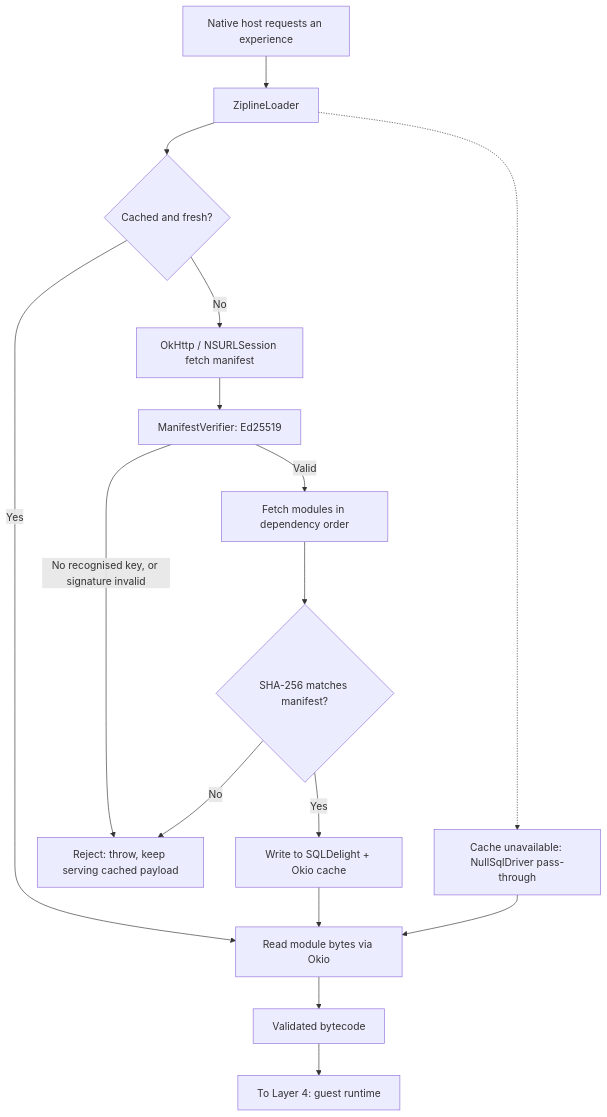
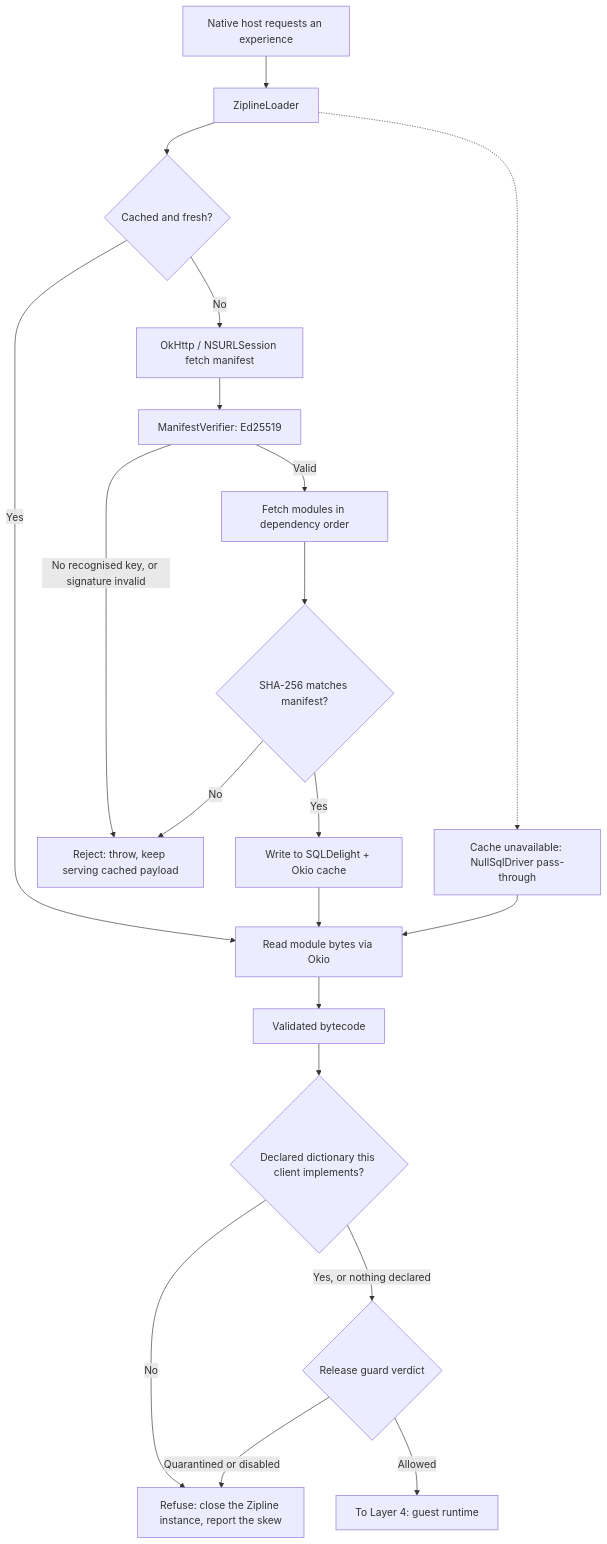
Before and after one commit to teegarcs/dogwood: the diagram in specs/layer-3-delivery.md, drawn with Mermaid. The commit also changed other lines of this file and 27 other files, not shown here.

````diff
--- a/specs/layer-3-delivery.md
+++ b/specs/layer-3-delivery.md
@@ -33,23 +33,27 @@
 ```mermaid
 flowchart TD
     Host["Native host requests an experience"] --> Loader["ZiplineLoader"]
 
     Loader --> CacheCheck{"Cached and fresh?"}
     CacheCheck -- "Yes" --> Read["Read module bytes via Okio"]
 
     CacheCheck -- "No" --> Fetch["OkHttp / NSURLSession fetch manifest"]
     Fetch --> Verify["ManifestVerifier: Ed25519"]
 
     Verify -- "No recognised key, or signature invalid" --> Reject["Reject: throw, keep serving cached payload"]
     Verify -- "Valid" --> Modules["Fetch modules in dependency order"]
     Modules --> HashCheck{"SHA-256 matches manifest?"}
     HashCheck -- "No" --> Reject
     HashCheck -- "Yes" --> Save["Write to SQLDelight + Okio cache"]
     Save --> Read
 
     Loader -.-> Degraded["Cache unavailable: NullSqlDriver pass-through"]
     Degraded --> Read
 
     Read --> Out["Validated bytecode"]
-    Out --> L4["To Layer 4: guest runtime"]
+    Out --> Preflight{"Declared dictionary this client implements?"}
+    Preflight -- "No" --> Refuse["Refuse: close the Zipline instance, report the skew"]
+    Preflight -- "Yes, or nothing declared" --> Guard{"Release guard verdict"}
+    Guard -- "Quarantined or disabled" --> Refuse
+    Guard -- "Allowed" --> L4["To Layer 4: guest runtime"]
 ```
````
